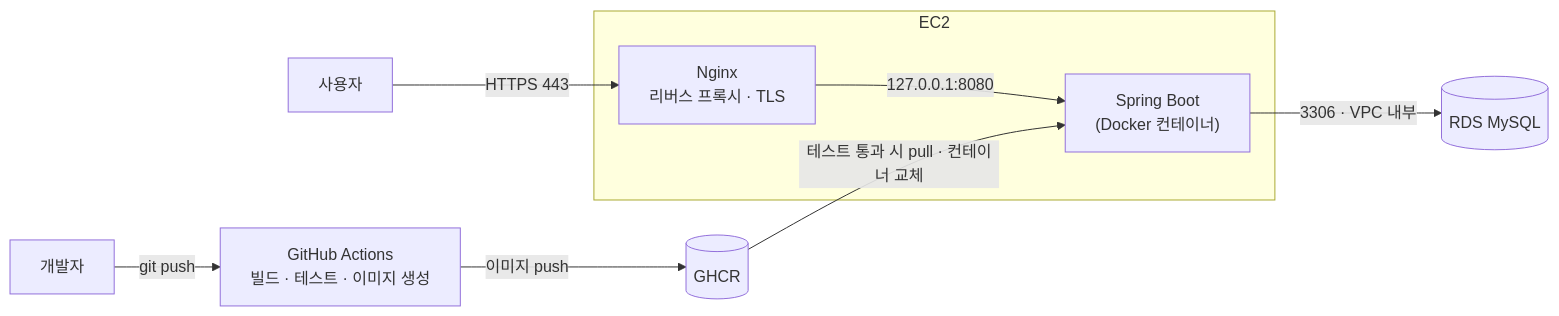
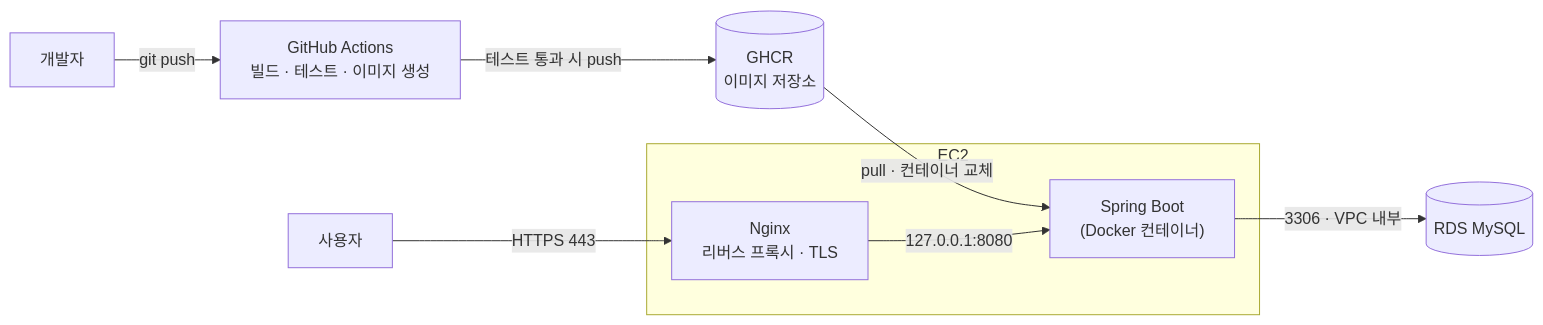
One commit to no9878/jpa_shop_project changed the diagram in README.md. Above: the diagram before and after it, drawn with Mermaid.

Commit message:
Docker 배포관련 README, deployment 수정

````diff
--- a/README.md
+++ b/README.md
@@ -22,11 +22,11 @@
 ```mermaid
 flowchart LR
+    Dev["개발자"] -->|git push| GA["GitHub Actions<br/>빌드 · 테스트 · 이미지 생성"]
+    GA -->|테스트 통과 시 push| GHCR[("GHCR<br/>이미지 저장소")]
+    GHCR -->|pull · 컨테이너 교체| App
     User["사용자"] -->|HTTPS 443| Nginx
     subgraph EC2["EC2"]
         Nginx["Nginx<br/>리버스 프록시 · TLS"] -->|127.0.0.1:8080| App["Spring Boot<br/>(Docker 컨테이너)"]
     end
     App -->|3306 · VPC 내부| RDS[("RDS MySQL")]
-    Dev["개발자"] -->|git push| GA["GitHub Actions<br/>빌드 · 테스트 · 이미지 생성"]
-    GA -->|이미지 push| GHCR[("GHCR")]
-    GHCR -->|테스트 통과 시 pull · 컨테이너 교체| App
 ```
````
